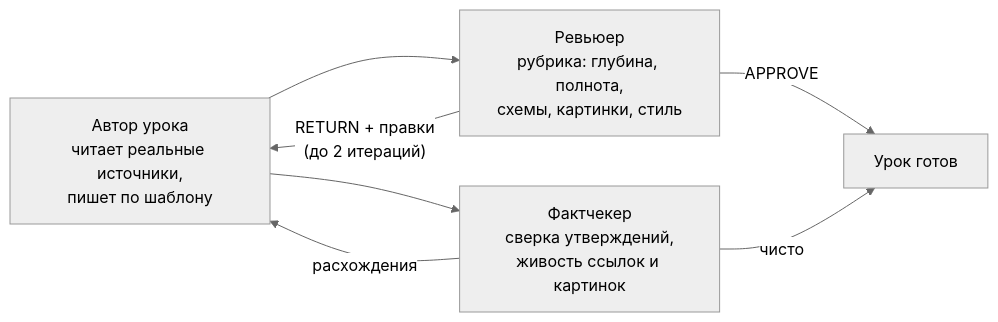
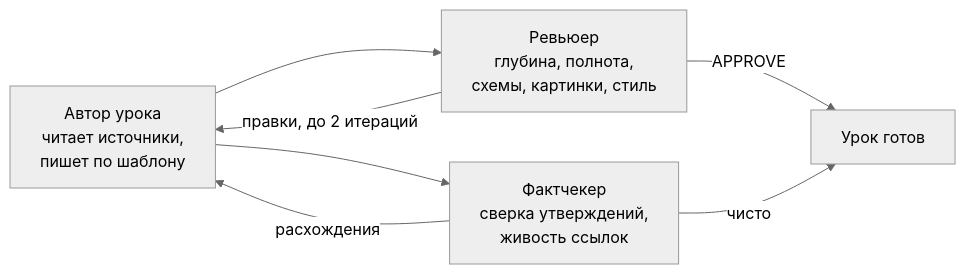
One commit to cryptoyoginya/learneverything changed the third of 5 diagrams in README.md. Above: the diagram before and after it, drawn with Mermaid. The commit also changed other lines of this file, not shown here.

````diff
--- a/README.md
+++ b/README.md
@@ -79,10 +93,10 @@
 ```mermaid
 %%{init: {'theme':'neutral'}}%%
 graph LR
-    W["Автор урока<br/>читает реальные источники,<br/>пишет по шаблону"] --> R["Ревьюер<br/>рубрика: глубина, полнота,<br/>схемы, картинки, стиль"]
-    W --> F["Фактчекер<br/>сверка утверждений,<br/>живость ссылок и картинок"]
-    R -->|"RETURN + правки<br/>(до 2 итераций)"| W
+    W["Автор урока<br/>читает источники,<br/>пишет по шаблону"] --> R["Ревьюер<br/>глубина, полнота,<br/>схемы, картинки, стиль"]
+    W --> F["Фактчекер<br/>сверка утверждений,<br/>живость ссылок"]
+    R -->|"правки, до 2 итераций"| W
     F -->|"расхождения"| W
     R -->|APPROVE| L["Урок готов"]
     F -->|чисто| L
 ```
````
